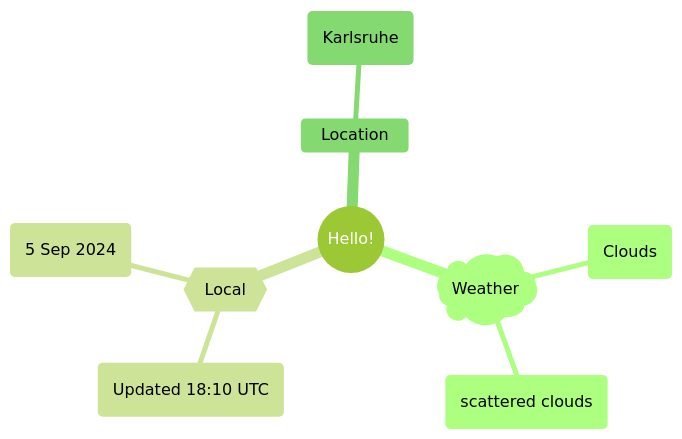
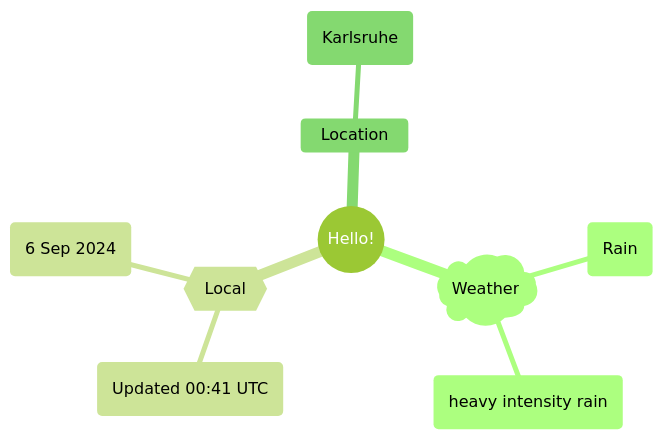
One commit to Xosrov/Xosrov changed the first of 2 diagrams in README.md. Above: the diagram before and after it, drawn with Mermaid (forest theme).

Commit message:
[bot] updated images

````diff
--- a/README.md
+++ b/README.md
@@ -3,12 +3,12 @@
 ```mermaid
 mindmap
   root((Hello!))
     )Weather(
-        (Clouds)
-        (scattered clouds)
+        (Rain)
+        (heavy intensity rain)
     {{Local}}
-        (Updated 18:10 UTC)
-        (5 Sep 2024)
+        (Updated 00:41 UTC)
+        (6 Sep 2024)
     Location
         (Karlsruhe)
 ```
````
